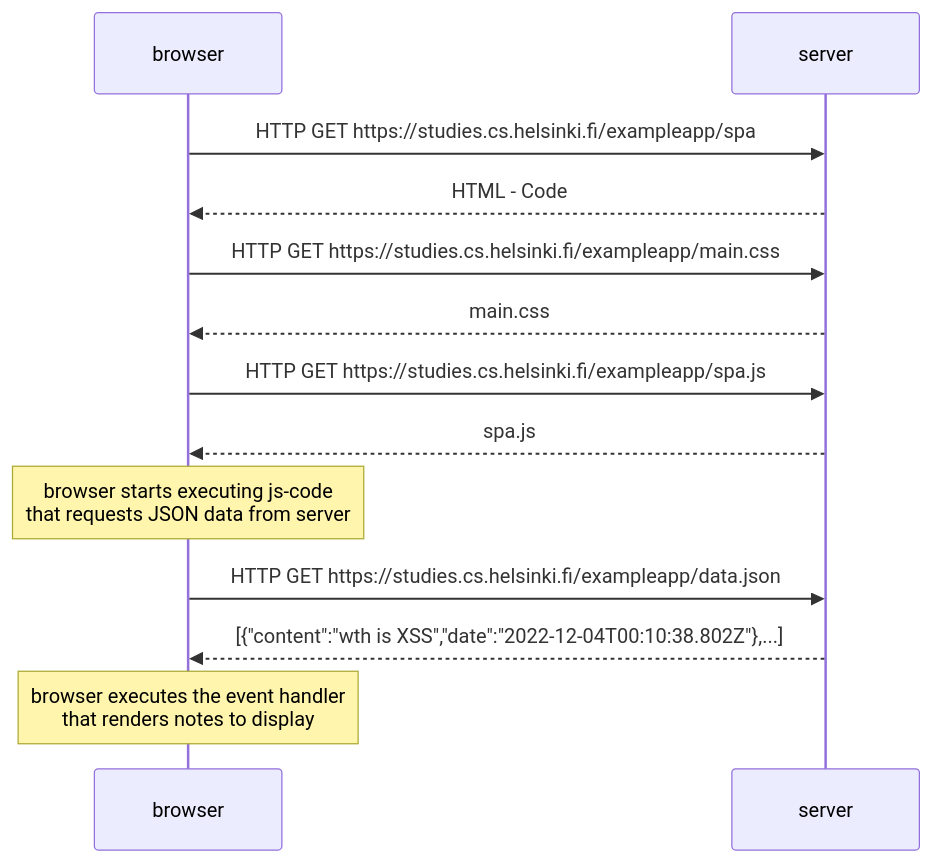
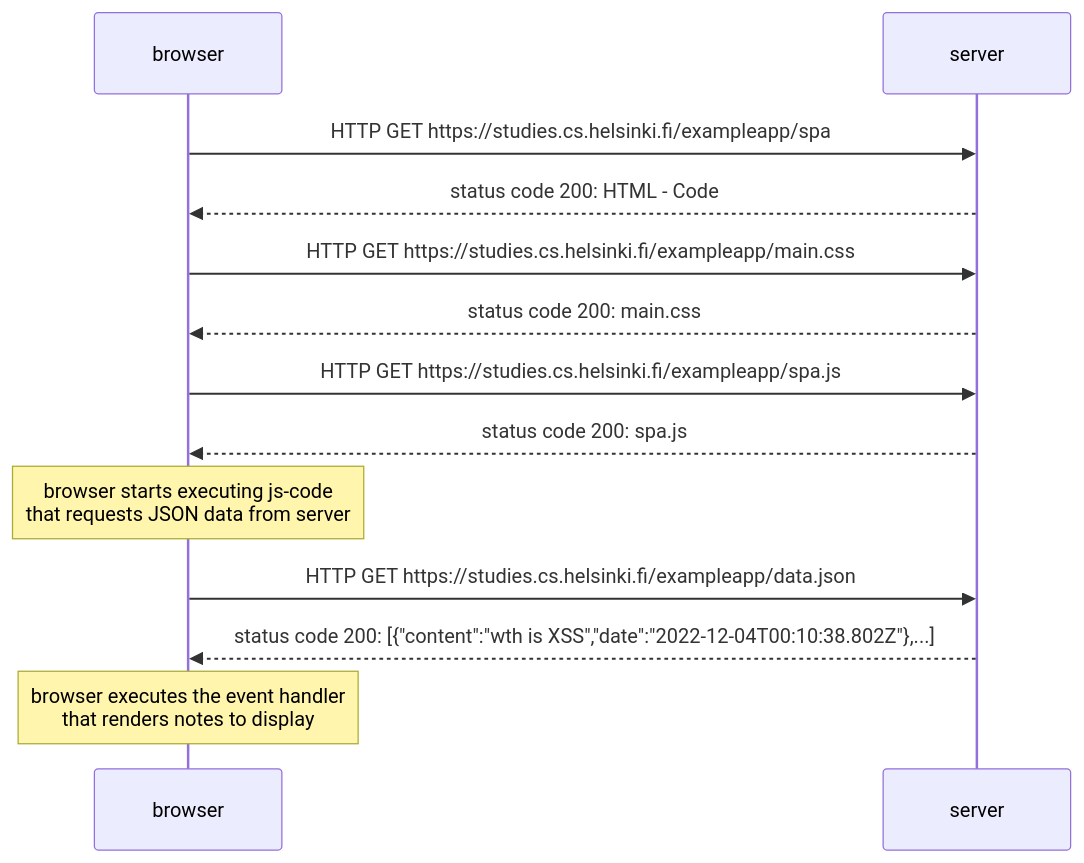
The diagram in Exercise_0_5.md (IoniteMaize17/fullstackopen2022_part0), drawn with Mermaid before and after one commit.

````diff
--- a/Exercise_0_5.md
+++ b/Exercise_0_5.md
@@ -1,18 +1,19 @@
 ```mermaid
 sequenceDiagram
 
 browser->>server: HTTP GET https://studies.cs.helsinki.fi/exampleapp/spa
-server-->>browser: HTML - Code
+server-->>browser: status code 200: HTML - Code
 browser->>server: HTTP GET https://studies.cs.helsinki.fi/exampleapp/main.css
-server-->>browser: main.css
+server-->>browser: status code 200: main.css
 browser->>server: HTTP GET https://studies.cs.helsinki.fi/exampleapp/spa.js
-server-->>browser: spa.js
+server-->>browser: status code 200: spa.js
 
 note over browser: browser starts executing js-code <br>that requests JSON data from server 
 
 browser->>server: HTTP GET https://studies.cs.helsinki.fi/exampleapp/data.json
-server-->>browser: [{"content":"wth is XSS","date":"2022-12-04T00:10:38.802Z"},...]
+server-->>browser: status code 200: [{"content":"wth is XSS","date":"2022-12-04T00:10:38.802Z"},...]
+
 
 note over browser: browser executes the event handler <br>that renders notes to display
 
 ```
````
